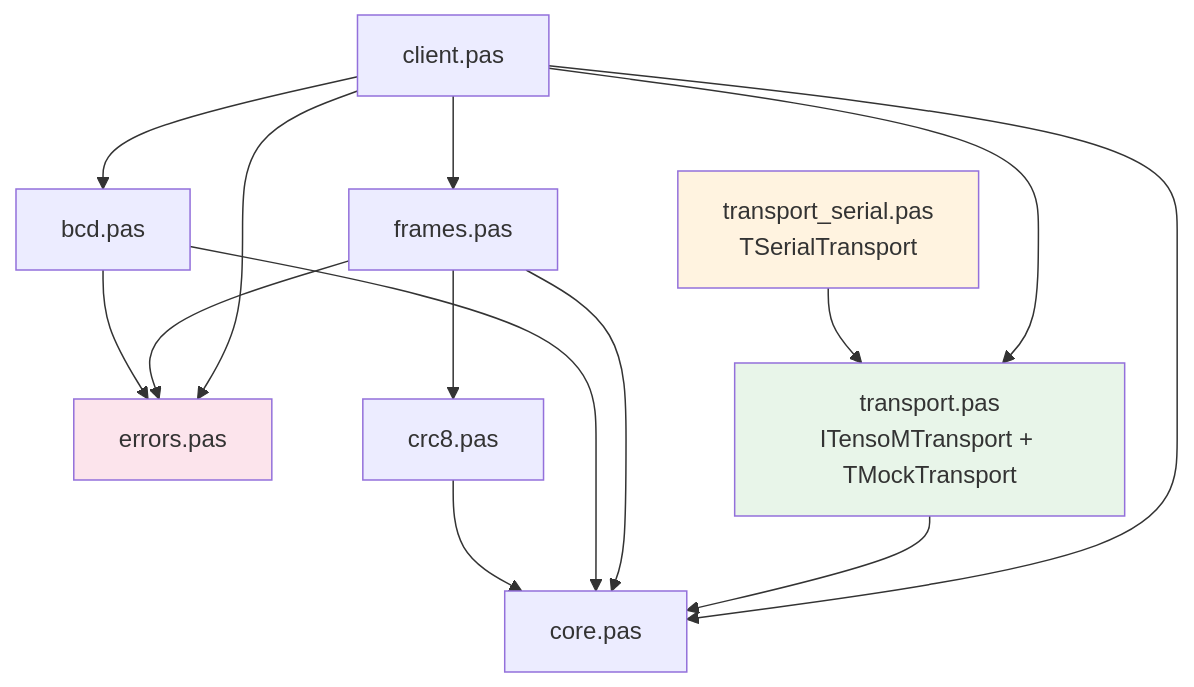
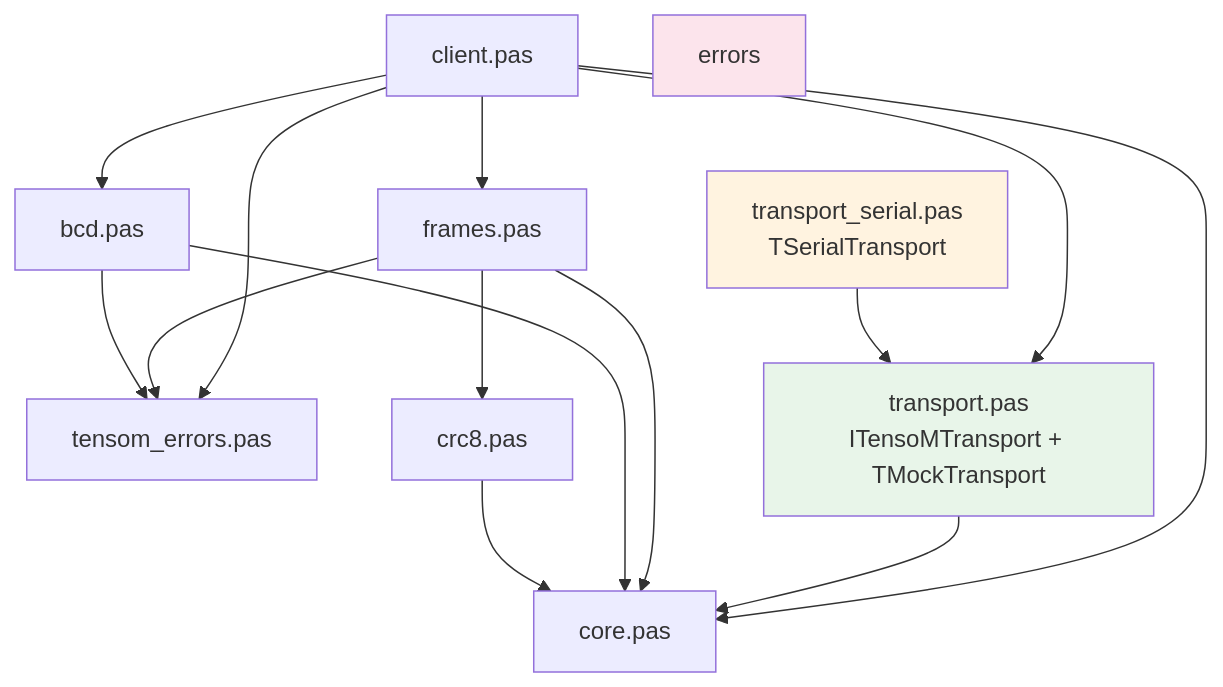
Before and after one commit to Al-Muhandis/TensoMLib: the diagram in README.md, drawn with Mermaid. The commit also changed 8 other files, not shown here.

````diff
--- a/README.md
+++ b/README.md
@@ -72,30 +72,30 @@
 ```mermaid
 graph TD
     core["core.pas"]
-    errors["errors.pas"]
+    tensom_errors["tensom_errors.pas"]
     crc8["crc8.pas"]
     bcd["bcd.pas"]
     frames["frames.pas"]
     transport["transport.pas<br/>ITensoMTransport + TMockTransport"]
     transport_serial["transport_serial.pas<br/>TSerialTransport"]
     client["client.pas"]
 
     crc8 --> core
-    errors
+    tensom_errors
     bcd --> core
-    bcd --> errors
+    bcd --> tensom_errors
     frames --> core
     frames --> crc8
-    frames --> errors
+    frames --> tensom_errors
     transport --> core
     transport_serial --> transport
     client --> core
     client --> bcd
     client --> frames
     client --> transport
-    client --> errors
+    client --> tensom_errors
 
     style transport fill:#e8f5e9
     style transport_serial fill:#fff3e0
     style errors fill:#fce4ec
 ```
````
